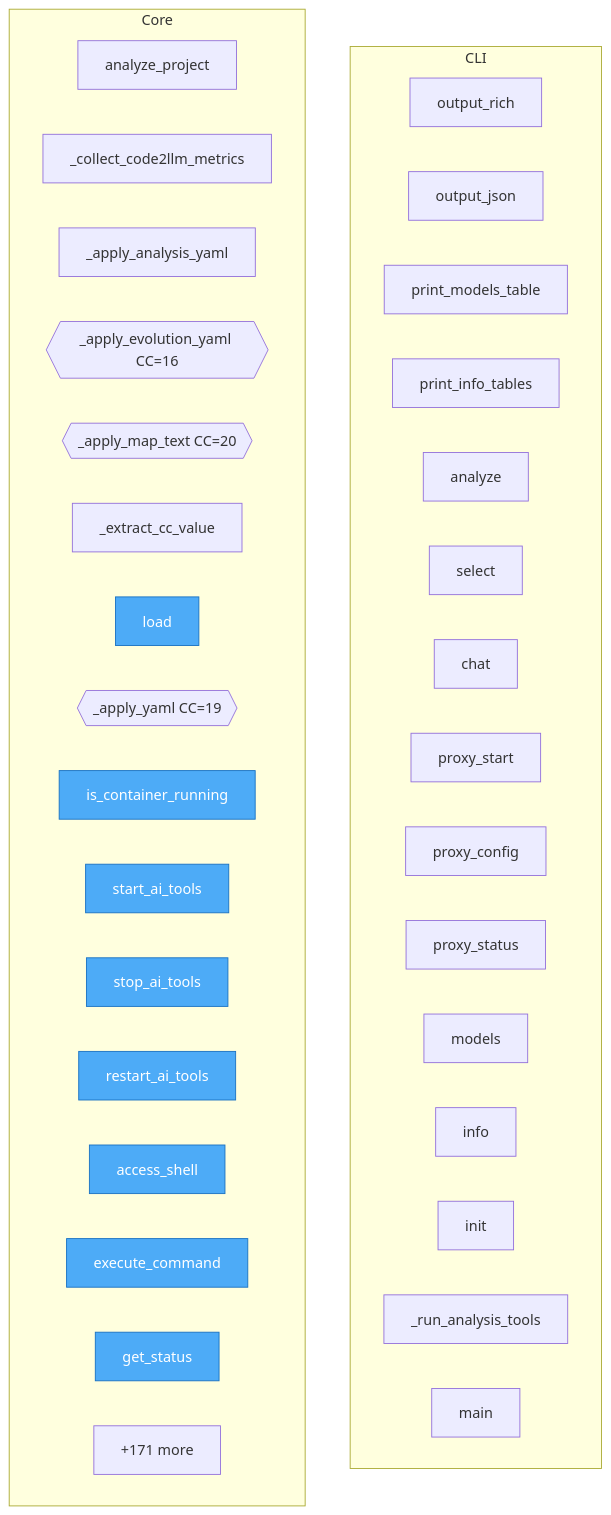
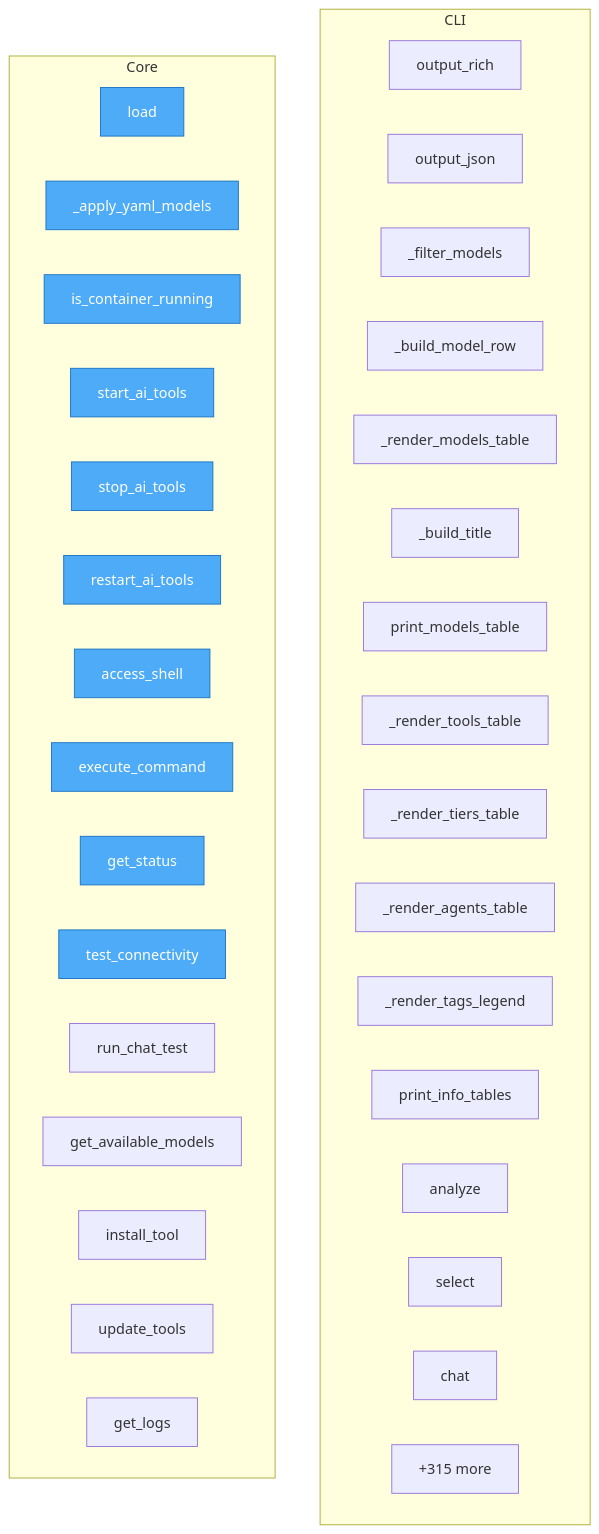
Before and after one commit to semcod/llx: the diagram in project/flow.mmd, drawn with Mermaid. The commit also changed 27 other files, not shown here.

First line of the commit message:
feat(docs): code analysis engine

```diff
--- a/project/flow.mmd
+++ b/project/flow.mmd
@@ -1,43 +1,44 @@
 flowchart TD
 
     %% Entry points (blue)
     classDef entry fill:#4dabf7,stroke:#1971c2,color:#fff
 
     subgraph CLI
         llx__cli__formatters__output_rich["output_rich"]
         llx__cli__formatters__output_json["output_json"]
+        llx__cli__formatters___filter_models["_filter_models"]
+        llx__cli__formatters___build_model_row["_build_model_row"]
+        llx__cli__formatters___render_models_table["_render_models_table"]
+        llx__cli__formatters___build_title["_build_title"]
         llx__cli__formatters__print_models_table["print_models_table"]
+        llx__cli__formatters___render_tools_table["_render_tools_table"]
+        llx__cli__formatters___render_tiers_table["_render_tiers_table"]
+        llx__cli__formatters___render_agents_table["_render_agents_table"]
+        llx__cli__formatters___render_tags_legend["_render_tags_legend"]
         llx__cli__formatters__print_info_tables["print_info_tables"]
         llx__cli__app__analyze["analyze"]
         llx__cli__app__select["select"]
         llx__cli__app__chat["chat"]
-        llx__cli__app__proxy_start["proxy_start"]
-        llx__cli__app__proxy_config["proxy_config"]
-        llx__cli__app__proxy_status["proxy_status"]
-        llx__cli__app__models["models"]
-        llx__cli__app__info["info"]
-        llx__cli__app__init["init"]
-        llx__cli__app___run_analysis_tools["_run_analysis_tools"]
-        llx__cli__app__main["main"]
+        ...["+11 more"]
     end
 
     subgraph Core
-        llx__analysis__collector__analyze_project["analyze_project"]
-        llx__analysis__collector___collect_code2llm_metrics["_collect_code2llm_metrics"]
-        llx__analysis__collector___apply_analysis_yaml["_apply_analysis_yaml"]
-        llx__analysis__collector___apply_evolution_yaml{{_apply_evolution_yaml CC=16}}
-        llx__analysis__collector___apply_map_text{{_apply_map_text CC=20}}
-        llx__analysis__collector___extract_cc_value["_extract_cc_value"]
         llx__config__LlxConfig__load["load"]
-        llx__config___apply_yaml{{_apply_yaml CC=19}}
+        llx__config___apply_yaml_models["_apply_yaml_models"]
         llx__AIToolsManager__is_container_running["is_container_running"]
         llx__tools__ai_tools_manager__AIToolsManager__start_ai_tools["start_ai_tools"]
         llx__tools__ai_tools_manager__AIToolsManager__stop_ai_tools["stop_ai_tools"]
         llx__AIToolsManager__restart_ai_tools["restart_ai_tools"]
         llx__tools__ai_tools_manager__AIToolsManager__access_shell["access_shell"]
         llx__AIToolsManager__execute_command["execute_command"]
         llx__tools__ai_tools_manager__AIToolsManager__get_status["get_status"]
-        ...["+171 more"]
+        llx__AIToolsManager__test_connectivity["test_connectivity"]
+        llx__tools__ai_tools_manager__AIToolsManager__run_chat_test["run_chat_test"]
+        llx__AIToolsManager__get_available_models["get_available_models"]
+        llx__tools__ai_tools_manager__AIToolsManager__install_tool["install_tool"]
+        llx__tools__ai_tools_manager__AIToolsManager__update_tools["update_tools"]
+        llx__tools__ai_tools_manager__AIToolsManager__get_logs["get_logs"]
+        ...["+315 more"]
     end
 
-    class llx__config__LlxConfig__load,llx__AIToolsManager__is_container_running,llx__tools__ai_tools_manager__AIToolsManager__start_ai_tools,llx__tools__ai_tools_manager__AIToolsManager__stop_ai_tools,llx__AIToolsManager__restart_ai_tools,llx__tools__ai_tools_manager__AIToolsManager__access_shell,llx__AIToolsManager__execute_command,llx__tools__ai_tools_manager__AIToolsManager__get_status,llx__AIToolsManager__test_connectivity,llx__tools__ai_tools_manager__AIToolsManager__run_chat_test entry
+    class llx__config__LlxConfig__load,llx__config___apply_yaml_models,llx__AIToolsManager__is_container_running,llx__tools__ai_tools_manager__AIToolsManager__start_ai_tools,llx__tools__ai_tools_manager__AIToolsManager__stop_ai_tools,llx__AIToolsManager__restart_ai_tools,llx__tools__ai_tools_manager__AIToolsManager__access_shell,llx__AIToolsManager__execute_command,llx__tools__ai_tools_manager__AIToolsManager__get_status,llx__AIToolsManager__test_connectivity entry
```
